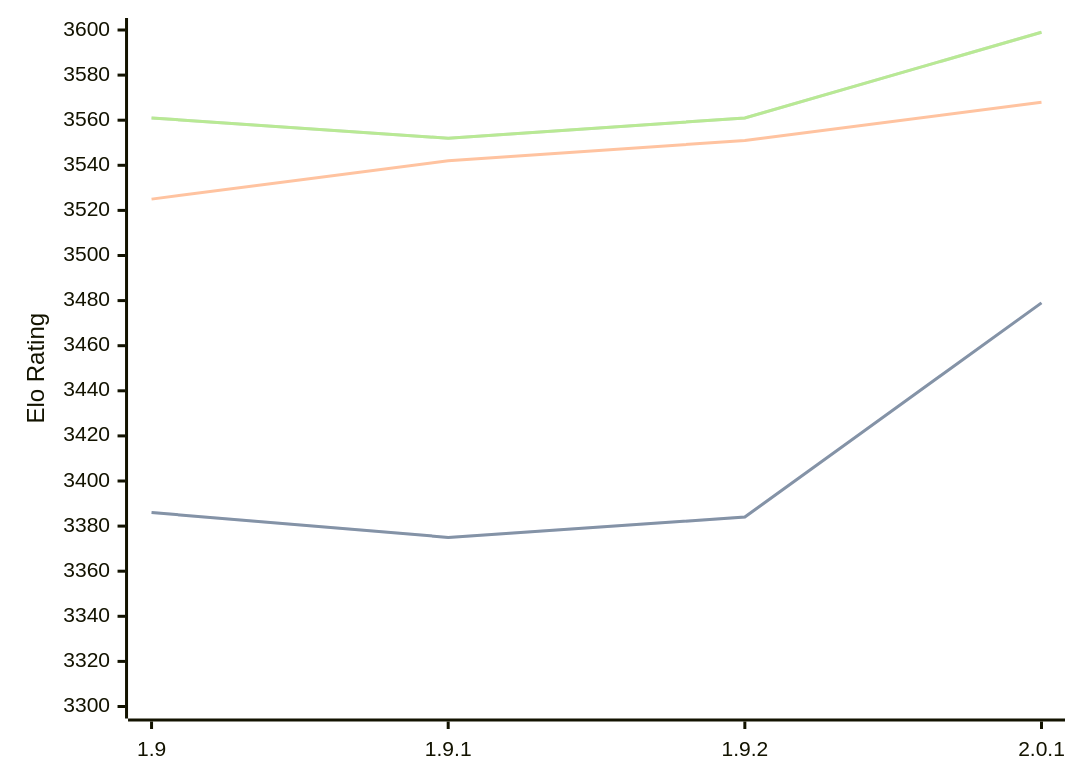
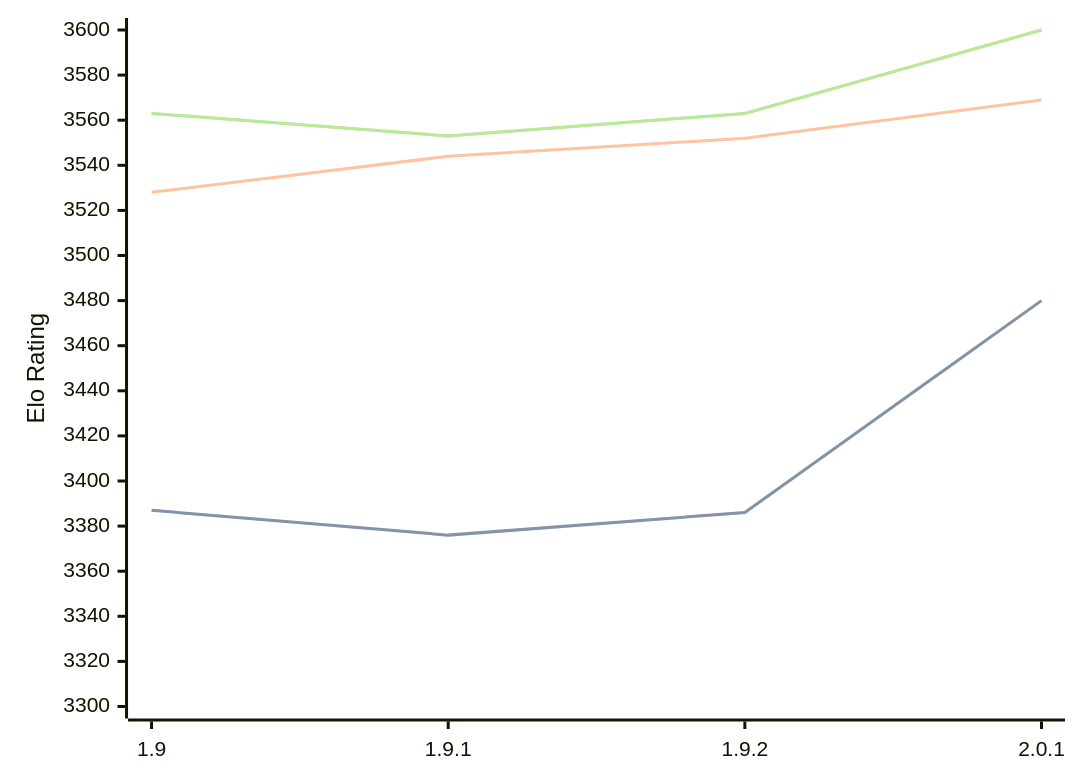
Before and after one commit to computer-chess-index/cci: the diagram in engines/Pawnocchio.md, drawn with Mermaid. The commit also changed other lines of this file, not shown here.

Commit message:
Update CCI Ratings (ELO VLTC) - 2026-10-09

````diff
--- a/engines/Pawnocchio.md
+++ b/engines/Pawnocchio.md
@@ -36,11 +36,11 @@
 ```mermaid
 %%{init: {"theme":"base","themeVariables":{"seriesColors:['#a3a3a3','#222221','#faa371']}}}%%
 xychart-beta
   x-axis ["1.9", "1.9.1", "1.9.2", "2.0.1"]
   y-axis "Elo Rating" 3300 --> 3600
-  line "" [3386, 3375, 3384, 3479]
-  line "STC (8.0+0.08s)" [3386, 3375, 3384, 3479]
-  line "LTC (60.0+0.60s)" [3525, 3542, 3551, 3568]
-  line "" [3561, 3552, 3561, 3599]
-  line "VLTC (2m24s+1.12s)" [3561, 3552, 3561, 3599]
+  line "" [3387, 3376, 3386, 3480]
+  line "STC (8.0+0.08s)" [3387, 3376, 3386, 3480]
+  line "LTC (60.0+0.60s)" [3528, 3544, 3552, 3569]
+  line "" [3563, 3553, 3563, 3600]
+  line "VLTC (2m24s+1.12s)" [3563, 3553, 3563, 3600]
 ```
````
